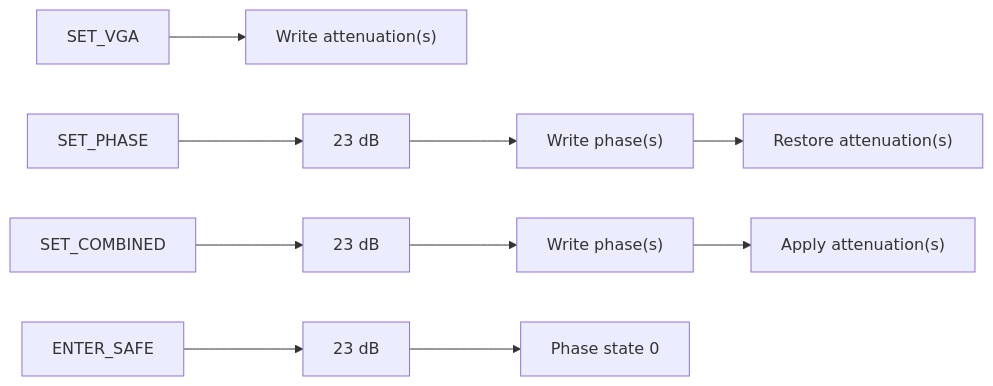
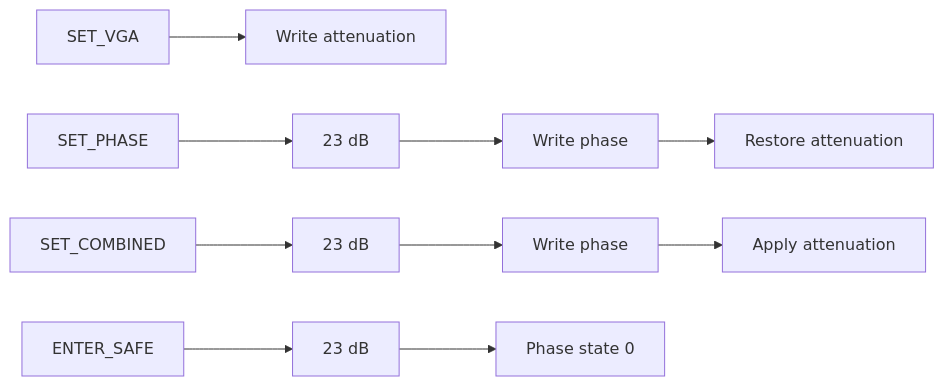
The diagram in docs/can-protocol.md (uorocketry/beamforming-software), drawn with Mermaid before and after one commit. The commit also changed other lines of this file and 47 other files, not shown here.

````diff
--- a/docs/can-protocol.md
+++ b/docs/can-protocol.md
@@ -67,7 +69,7 @@
 ```mermaid
 flowchart LR
-    vga[SET_VGA] --> vgaWrite["Write attenuation(s)"]
-    phase[SET_PHASE] --> phaseSafe["23 dB"] --> phaseWrite["Write phase(s)"] --> restore["Restore attenuation(s)"]
-    combined[SET_COMBINED] --> combinedSafe["23 dB"] --> combinedPhase["Write phase(s)"] --> apply["Apply attenuation(s)"]
+    vga[SET_VGA] --> vgaWrite["Write attenuation"]
+    phase[SET_PHASE] --> phaseSafe["23 dB"] --> phaseWrite["Write phase"] --> restore["Restore attenuation"]
+    combined[SET_COMBINED] --> combinedSafe["23 dB"] --> combinedPhase["Write phase"] --> apply["Apply attenuation"]
     safe[ENTER_SAFE] --> safeAtten["23 dB"] --> safePhase["Phase state 0"]
 ```
````
